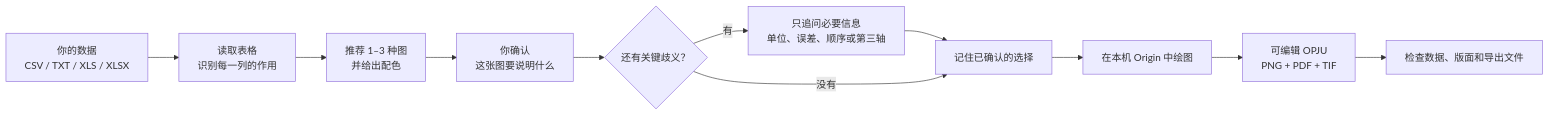
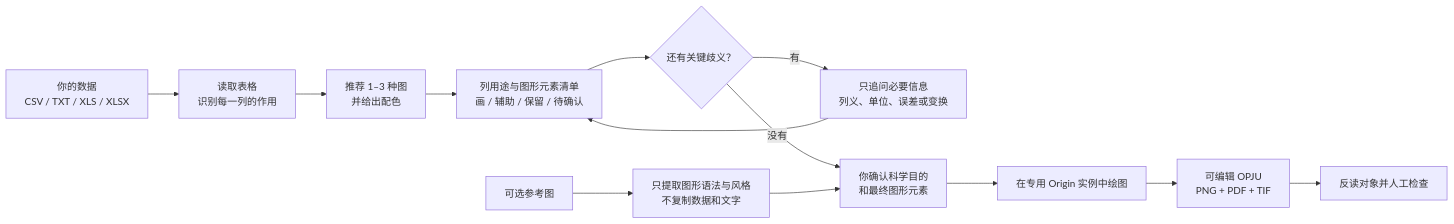
One commit to hang-jin/editaplot changed the diagram in README.md. Above: the diagram before and after it, drawn with Mermaid. The commit also changed other lines of this file and 81 other files, not shown here.

````diff
--- a/README.md
+++ b/README.md
@@ -28,13 +29,15 @@
 ```mermaid
 flowchart LR
     A["你的数据<br>CSV / TXT / XLS / XLSX"] --> B["读取表格<br>识别每一列的作用"]
     B --> C["推荐 1–3 种图<br>并给出配色"]
-    C --> D["你确认<br>这张图要说明什么"]
+    C --> D["列用途与图形元素清单<br>画 / 辅助 / 保留 / 待确认"]
     D --> E{"还有关键歧义？"}
-    E -- 有 --> F["只追问必要信息<br>单位、误差、顺序或第三轴"]
-    F --> G["记住已确认的选择"]
-    E -- 没有 --> G
-    G --> H["在本机 Origin 中绘图"]
+    E -- 有 --> F["只追问必要信息<br>列义、单位、误差或变换"]
+    F --> D
+    E -- 没有 --> G["你确认科学目的<br>和最终图形元素"]
+    R["可选参考图"] --> S["只提取图形语法与风格<br>不复制数据和文字"]
+    S --> G
+    G --> H["在专用 Origin 实例中绘图"]
     H --> I["可编辑 OPJU<br>PNG + PDF + TIF"]
-    I --> J["检查数据、版面和导出文件"]
+    I --> J["反读对象并人工检查"]
 ```
````
